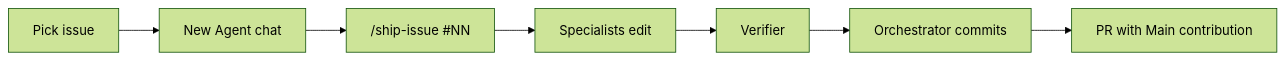
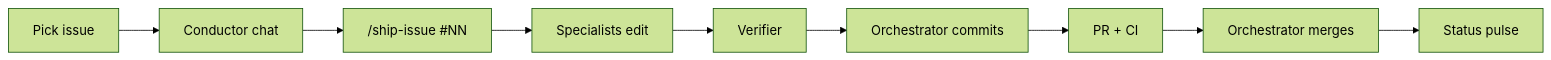
One commit to RoxanaTapia/ai-doc-to-chat-pipeline changed the second of 2 diagrams in AGENTS.md. Above: the diagram before and after it, drawn with Mermaid (forest theme). The commit also changed other lines of this file and 7 other files, not shown here.

````diff
--- a/AGENTS.md
+++ b/AGENTS.md
@@ -86,9 +174,11 @@
 ```mermaid
 flowchart LR
-  A[Pick issue] --> B[New Agent chat]
+  A[Pick issue] --> B[Conductor chat]
   B --> C["/ship-issue #NN"]
   C --> D[Specialists edit]
   D --> E[Verifier]
   E --> F[Orchestrator commits]
-  F --> G[PR with Main contribution]
+  F --> G[PR + CI]
+  G --> H[Orchestrator merges]
+  H --> I[Status pulse]
 ```
````
